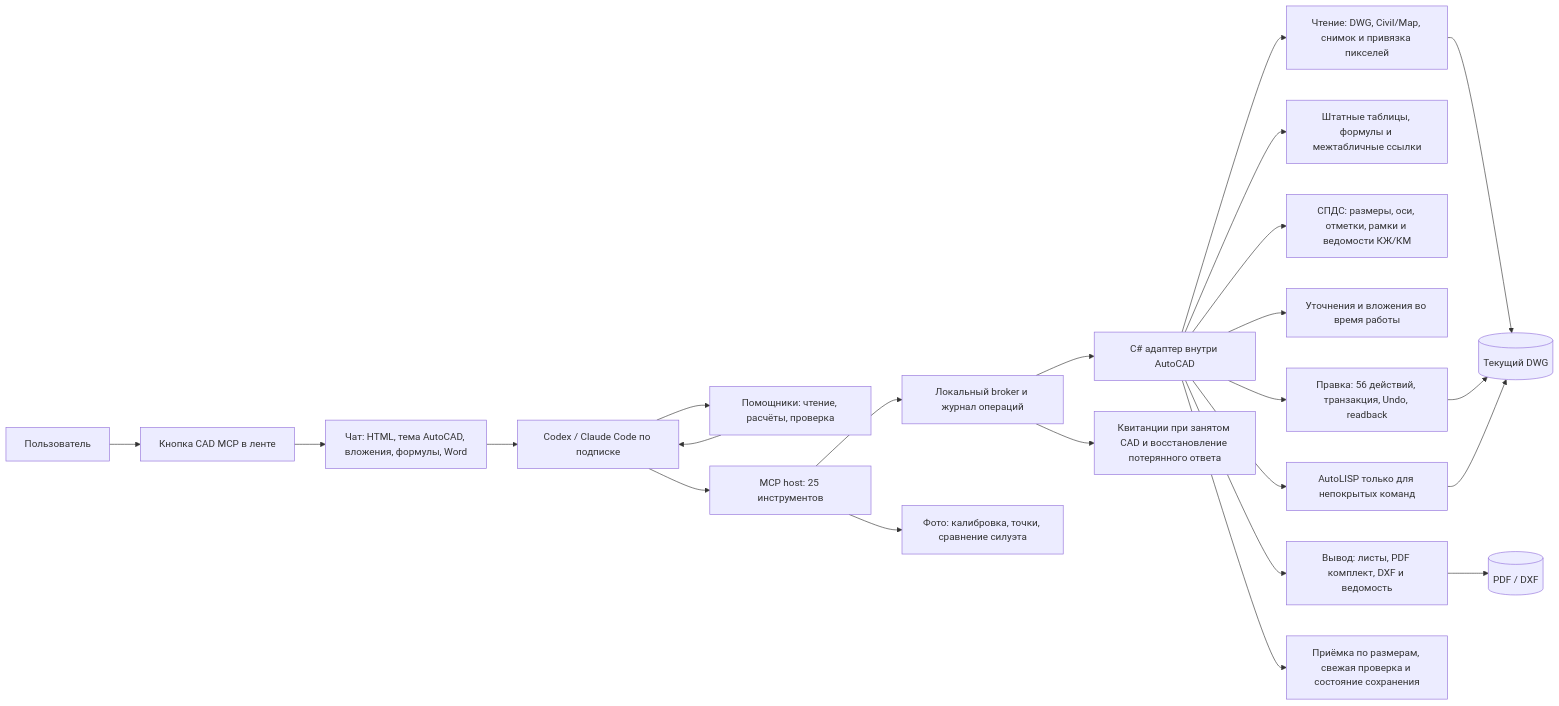
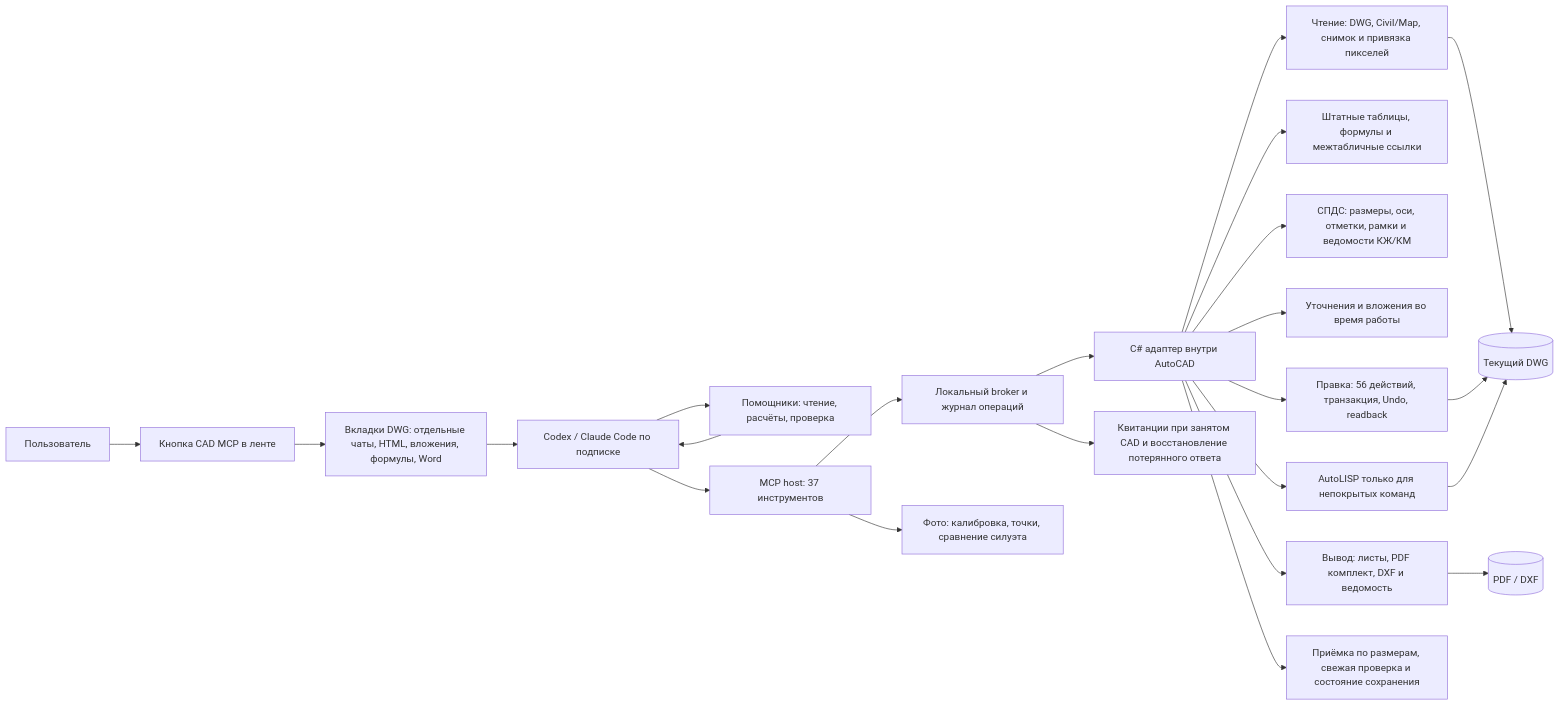
The diagram in docs/capabilities.md (debug23win/autocad-mcp), drawn with Mermaid before and after one commit. The commit also changed other lines of this file and 61 other files, not shown here.

````diff
--- a/docs/capabilities.md
+++ b/docs/capabilities.md
@@ -3,25 +3,25 @@
 ```mermaid
 flowchart LR
     U[Пользователь] --> R[Кнопка CAD MCP в ленте]
-    R --> C[Чат: HTML, тема AutoCAD, вложения, формулы, Word]
+    R --> C[Вкладки DWG: отдельные чаты, HTML, вложения, формулы, Word]
     C --> P[Codex / Claude Code по подписке]
     P --> H[Помощники: чтение, расчёты, проверка]
     H --> P
-    P --> M[MCP host: 25 инструментов]
+    P --> M[MCP host: 37 инструментов]
     M --> B[Локальный broker и журнал операций]
     B --> A[C# адаптер внутри AutoCAD]
     A --> Q[Чтение: DWG, Civil/Map, снимок и привязка пикселей]
     A --> T[Штатные таблицы, формулы и межтабличные ссылки]
     A --> G[СПДС: размеры, оси, отметки, рамки и ведомости КЖ/КМ]
     A --> S[Уточнения и вложения во время работы]
     A --> E[Правка: 56 действий, транзакция, Undo, readback]
     A --> X[Вывод: листы, PDF комплект, DXF и ведомость]
     A --> F[AutoLISP только для непокрытых команд]
     M --> V[Фото: калибровка, точки, сравнение силуэта]
     A --> K[Приёмка по размерам, свежая проверка и состояние сохранения]
     B --> J[Квитанции при занятом CAD и восстановление потерянного ответа]
     Q --> D[(Текущий DWG)]
     E --> D
     X --> O[(PDF / DXF)]
     F --> D
 ```
````
